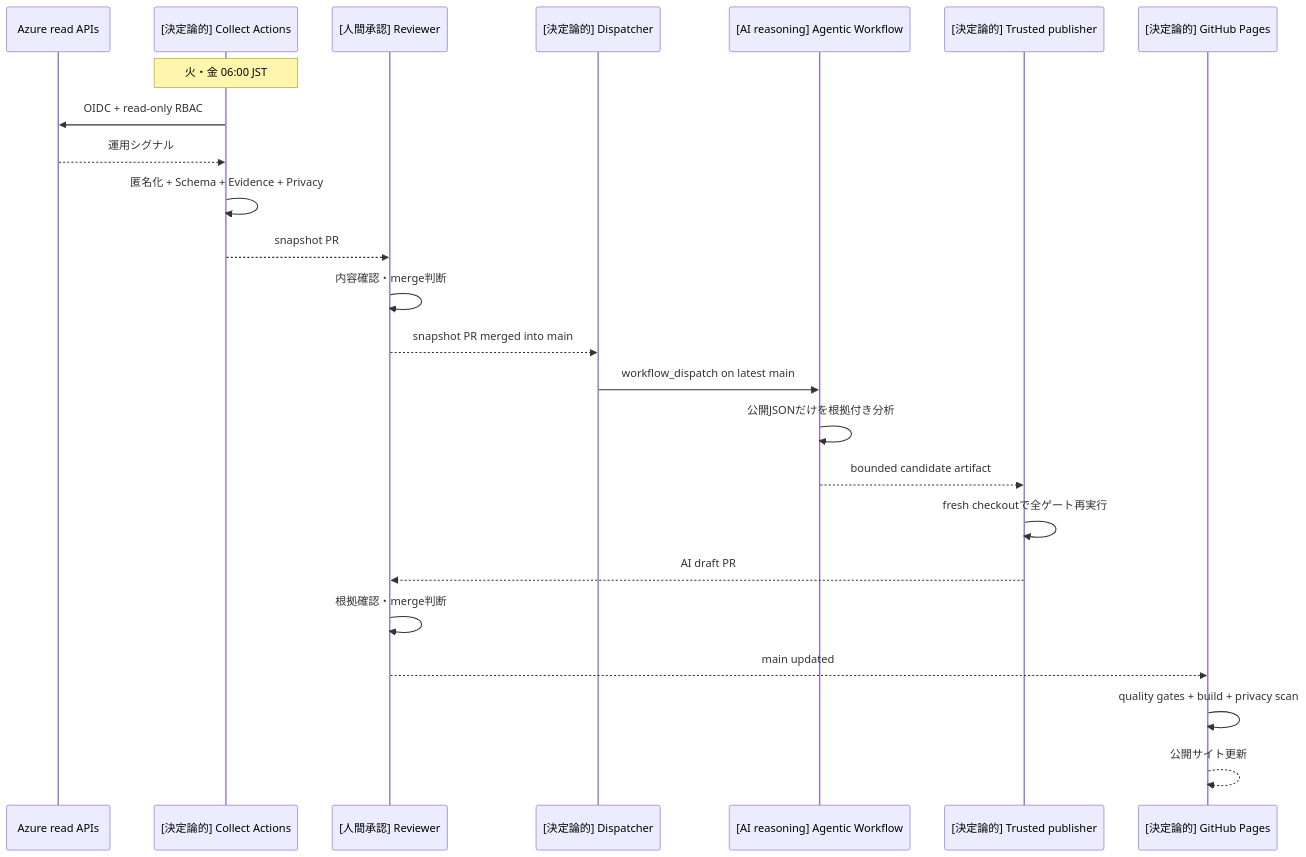
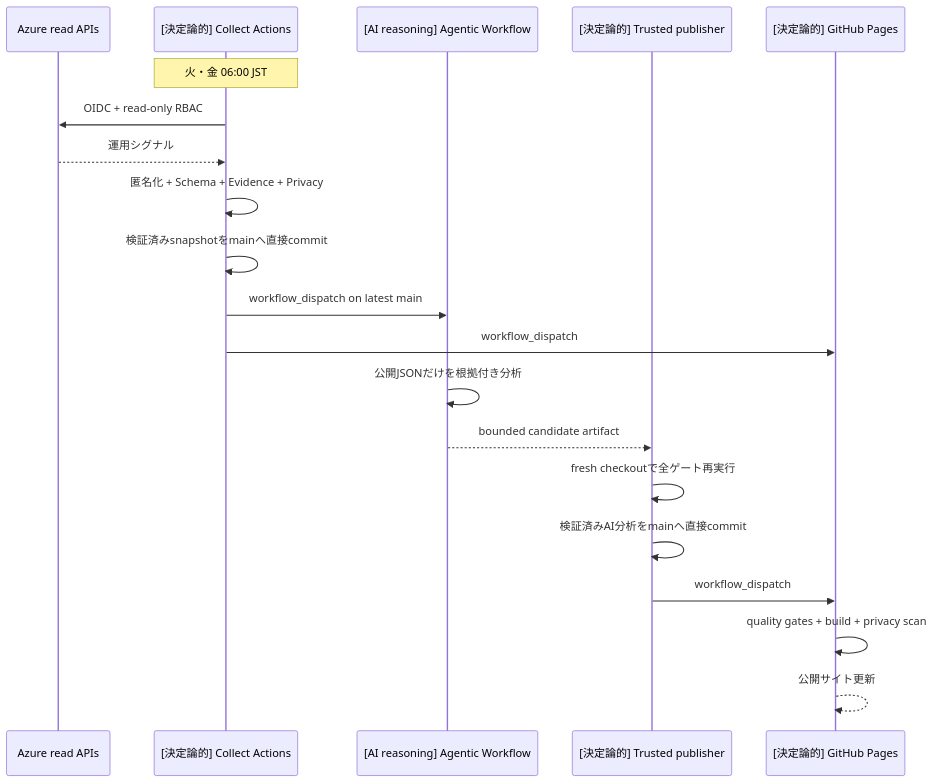
Before and after one commit to aktsmm/azure-ops-pulse-demo: the diagram in README.md, drawn with Mermaid. The commit also changed other lines of this file and 4 other files, not shown here.

````diff
--- a/README.md
+++ b/README.md
@@ -40,27 +40,23 @@
 ```mermaid
 sequenceDiagram
   participant Azure as Azure read APIs
   participant Collect as [決定論的] Collect Actions
-  participant Human as [人間承認] Reviewer
-  participant Dispatch as [決定論的] Dispatcher
   participant Agent as [AI reasoning] Agentic Workflow
   participant Publish as [決定論的] Trusted publisher
   participant Pages as [決定論的] GitHub Pages
 
   Note over Collect: 火・金 06:00 JST
   Collect->>Azure: OIDC + read-only RBAC
   Azure-->>Collect: 運用シグナル
   Collect->>Collect: 匿名化 + Schema + Evidence + Privacy
-  Collect-->>Human: snapshot PR
-  Human->>Human: 内容確認・merge判断
-  Human-->>Dispatch: snapshot PR merged into main
-  Dispatch->>Agent: workflow_dispatch on latest main
+  Collect->>Collect: 検証済みsnapshotをmainへ直接commit
+  Collect->>Agent: workflow_dispatch on latest main
+  Collect->>Pages: workflow_dispatch
   Agent->>Agent: 公開JSONだけを根拠付き分析
   Agent-->>Publish: bounded candidate artifact
   Publish->>Publish: fresh checkoutで全ゲート再実行
-  Publish-->>Human: AI draft PR
-  Human->>Human: 根拠確認・merge判断
-  Human-->>Pages: main updated
+  Publish->>Publish: 検証済みAI分析をmainへ直接commit
+  Publish->>Pages: workflow_dispatch
   Pages->>Pages: quality gates + build + privacy scan
   Pages-->>Pages: 公開サイト更新
 ```
````
